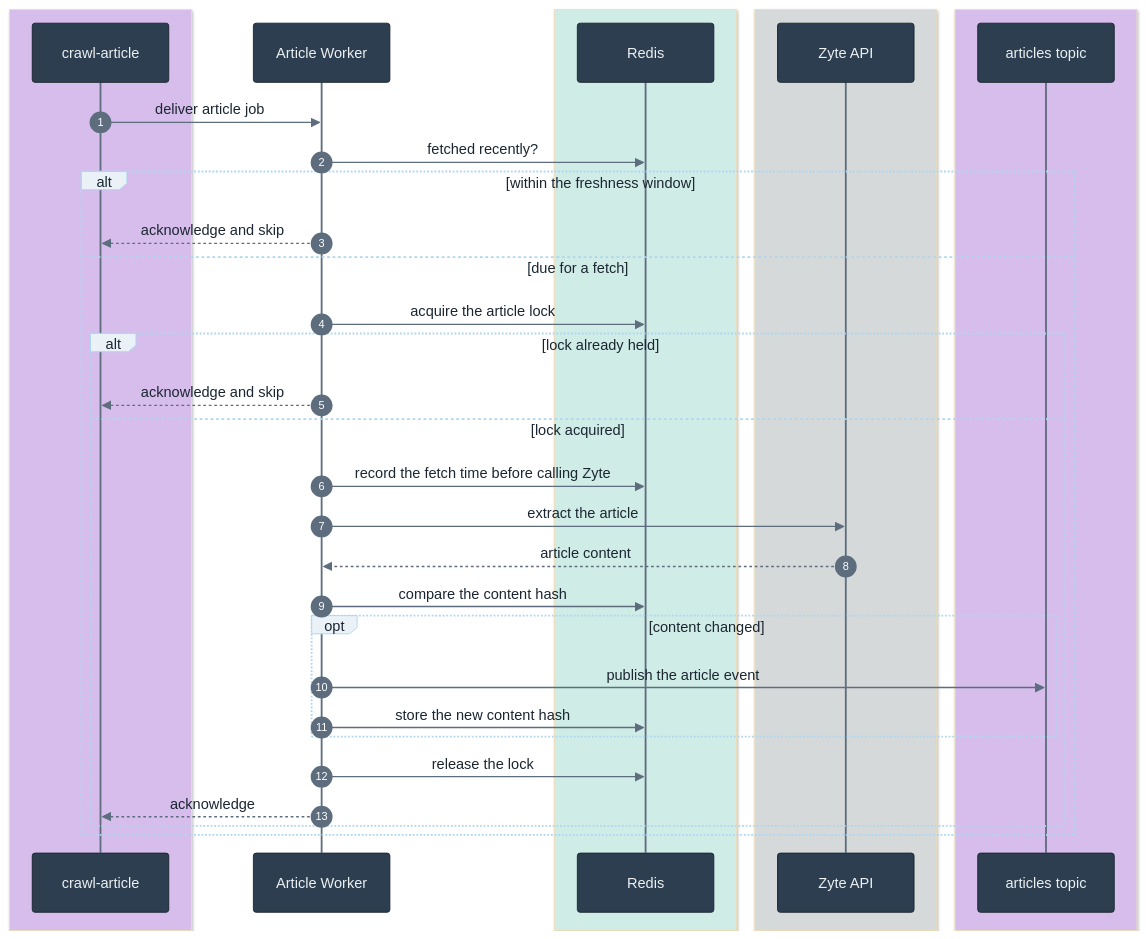
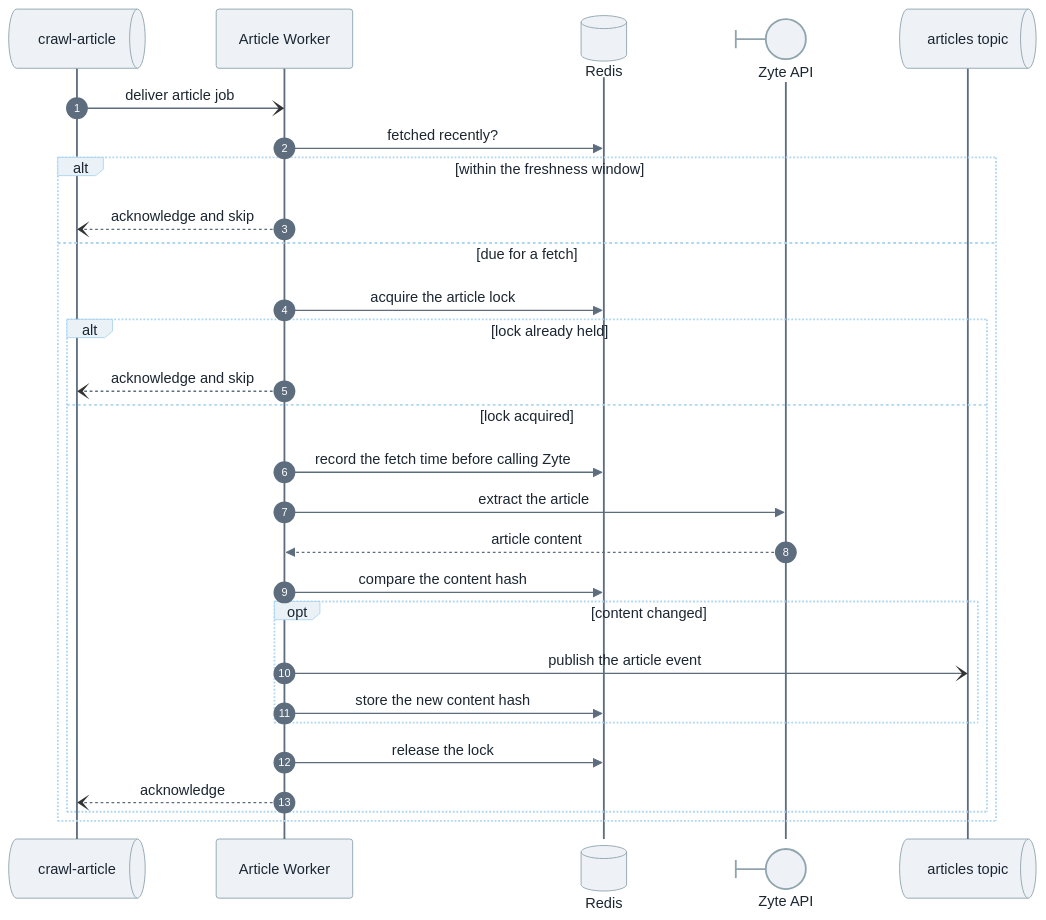
The fifth of 6 diagrams in docs/ARCHITECTURE.md (mozilla/hnt-content), drawn with Mermaid before and after one commit. The commit also changed other lines of this file, not shown here.

First line of the commit message:
docs(HNT-2086): standardize Crawl naming and refine diagrams

````diff
--- a/docs/ARCHITECTURE.md
+++ b/docs/ARCHITECTURE.md
@@ -225,40 +250,32 @@
 ```mermaid
-%%{init: {'theme':'base','sequence':{'diagramMarginX':270},'themeVariables':{'actorBkg':'#2c3e50','actorBorder':'#1a252f','actorTextColor':'#ecf0f1','actorLineColor':'#5d6d7e','signalColor':'#5d6d7e','signalTextColor':'#1b2631','labelBoxBkgColor':'#eaf2f8','labelBoxBorderColor':'#aed6f1','labelTextColor':'#1b2631','loopTextColor':'#1b2631','noteBkgColor':'#fdf2e9','noteBorderColor':'#935116','noteTextColor':'#5b3410','sequenceNumberColor':'#ffffff'}}}%%
+%%{init: {'theme':'base','sequence':{'diagramMarginX':270},'themeVariables':{'actorBkg':'#eef2f7','actorBorder':'#90a4ae','actorTextColor':'#1b2631','actorLineColor':'#5d6d7e','signalColor':'#5d6d7e','signalTextColor':'#1b2631','labelBoxBkgColor':'#eaf2f8','labelBoxBorderColor':'#aed6f1','labelTextColor':'#1b2631','loopTextColor':'#1b2631','noteBkgColor':'#fdf2e9','noteBorderColor':'#935116','noteTextColor':'#5b3410','sequenceNumberColor':'#ffffff'}}}%%
 sequenceDiagram
     autonumber
-    box rgb(215,189,236)
-    participant Q as crawl-article
-    end
+    participant Q@{ "type": "queue" } as crawl-article
     participant W as Article Worker
-    box rgb(208,236,231)
-    participant R as Redis
-    end
-    box rgb(214,217,217)
-    participant Z as Zyte API
-    end
-    box rgb(215,189,236)
-    participant T as articles topic
-    end
+    participant R@{ "type": "database" } as Redis
+    participant Z@{ "type": "boundary" } as Zyte API
+    participant T@{ "type": "queue" } as articles topic
 
-    Q->>W: deliver article job
+    Q-)W: deliver article job
     W->>R: fetched recently?
     alt within the freshness window
-        W-->>Q: acknowledge and skip
+        W--)Q: acknowledge and skip
     else due for a fetch
         W->>R: acquire the article lock
         alt lock already held
-            W-->>Q: acknowledge and skip
+            W--)Q: acknowledge and skip
         else lock acquired
             W->>R: record the fetch time before calling Zyte
             W->>Z: extract the article
             Z-->>W: article content
             W->>R: compare the content hash
             opt content changed
-                W->>T: publish the article event
+                W-)T: publish the article event
                 W->>R: store the new content hash
             end
             W->>R: release the lock
-            W-->>Q: acknowledge
+            W--)Q: acknowledge
         end
     end
 ```
````
